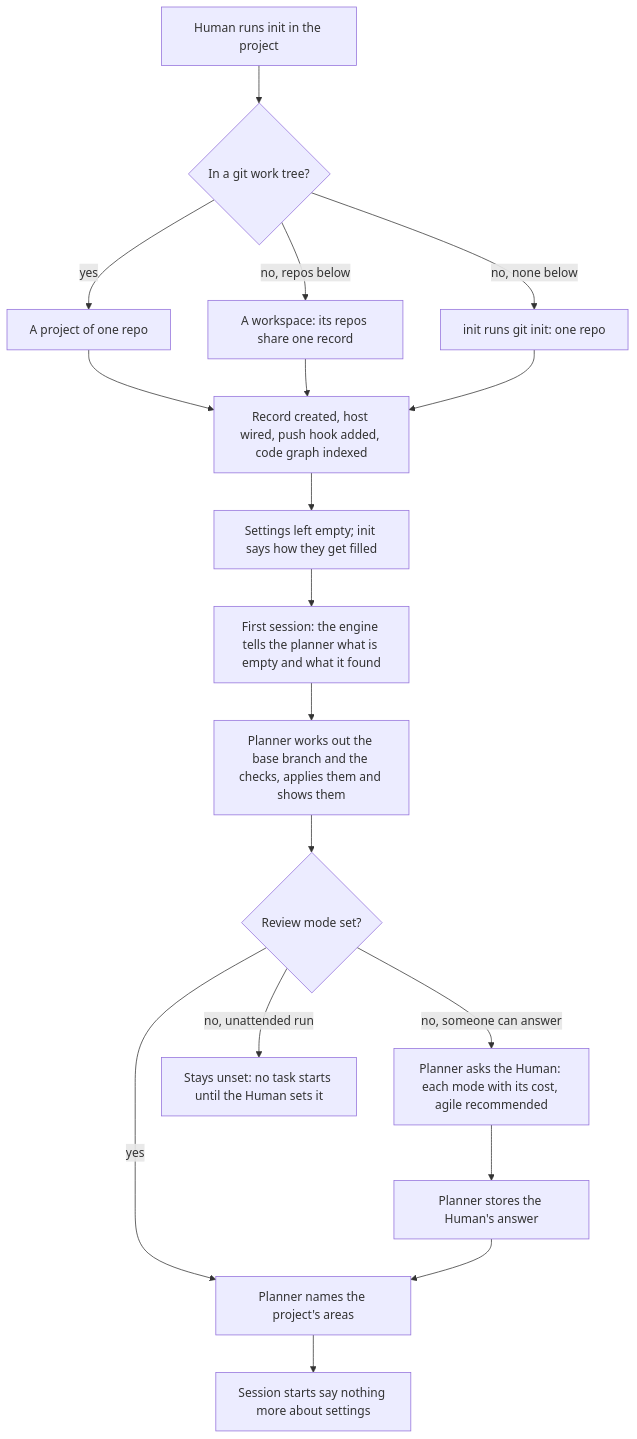
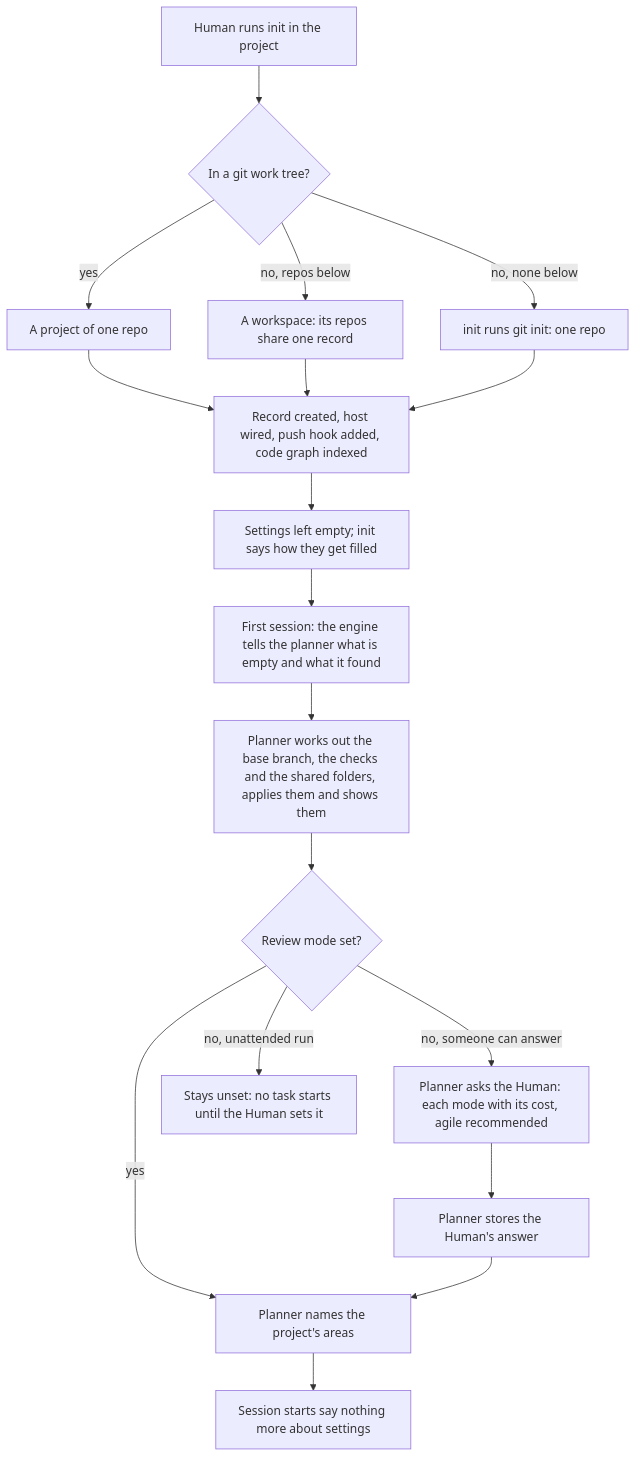
The first of 2 diagrams in docs/flows/2_ONBOARD.md (trustmybot/tmb), drawn with Mermaid before and after one commit. The commit also changed other lines of this file and 37 other files, not shown here.

First line of the commit message:
✨ feat(worktree): link the project's shared folders into every task worktree (#499)

````diff
--- a/docs/flows/2_ONBOARD.md
+++ b/docs/flows/2_ONBOARD.md
@@ -5,20 +5,20 @@
 ```mermaid
 flowchart TD
     A[Human runs init in the project] --> B{In a git work tree?}
     B -- yes --> P1[A project of one repo]
     B -- "no, repos below" --> P2[A workspace: its repos share one record]
     B -- "no, none below" --> P3[init runs git init: one repo]
     P1 --> C[Record created, host wired, push hook added, code graph indexed]
     P2 --> C
     P3 --> C
     C --> D[Settings left empty; init says how they get filled]
     D --> E[First session: the engine tells the planner what is empty and what it found]
-    E --> F[Planner works out the base branch and the checks, applies them and shows them]
+    E --> F[Planner works out the base branch, the checks and the shared folders, applies them and shows them]
     F --> G{Review mode set?}
     G -- yes --> J
     G -- "no, someone can answer" --> H[Planner asks the Human: each mode with its cost, agile recommended]
     H --> I[Planner stores the Human's answer]
     I --> J[Planner names the project's areas]
     G -- "no, unattended run" --> X[Stays unset: no task starts until the Human sets it]
     J --> K[Session starts say nothing more about settings]
 ```
````
